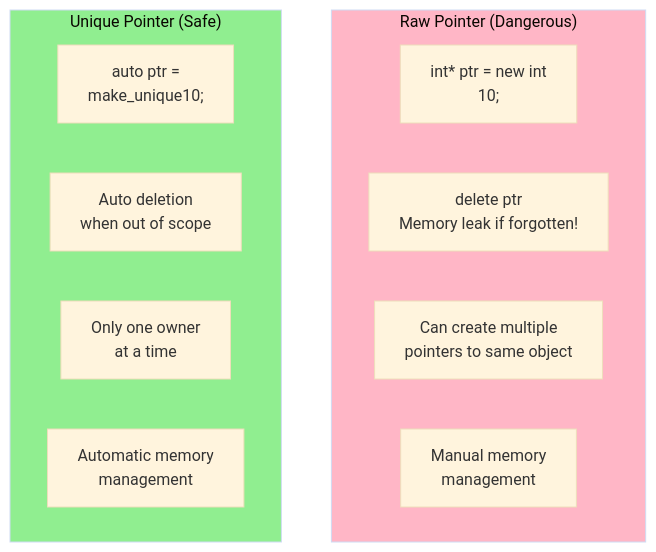
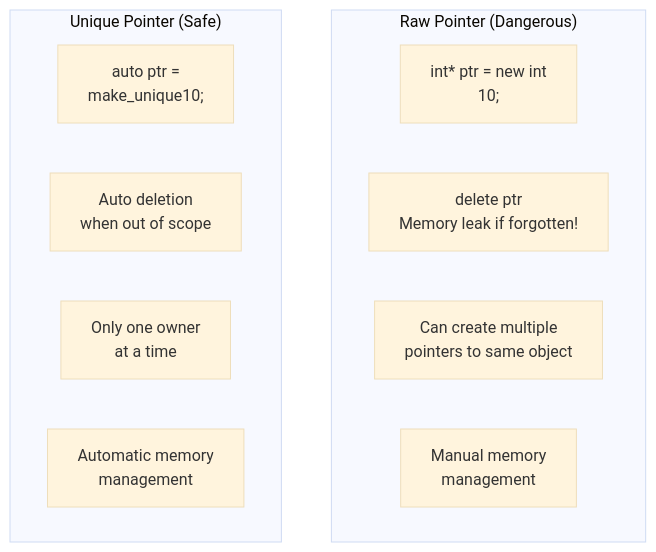
One commit to sushmitassathe25/Cpp-Pointers changed the fourth of 9 diagrams in Unique pointers.md. Above: the diagram before and after it, drawn with Mermaid (base theme). The commit also changed other lines of this file, not shown here.

First line of the commit message:
Refactor Unique Pointers documentation for clarity

````diff
--- a/Unique pointers.md
+++ b/Unique pointers.md
@@ -82,19 +60,17 @@
 ```mermaid
 graph TD
     subgraph Raw["Raw Pointer (Dangerous)"]
         A1["int* ptr = new int<br/>10;"]
         A2["delete ptr<br/>Memory leak if forgotten!"]
         A3["Can create multiple<br/>pointers to same object"]
         A4["Manual memory<br/>management"]
     end
     
     subgraph Unique["Unique Pointer (Safe)"]
         B1["auto ptr =<br/>make_unique<int>10;"]
         B2["Auto deletion<br/>when out of scope"]
         B3["Only one owner<br/>at a time"]
         B4["Automatic memory<br/>management"]
     end
     
-    style Raw fill:#FFB6C6
-    style Unique fill:#90EE90
 ```
````
